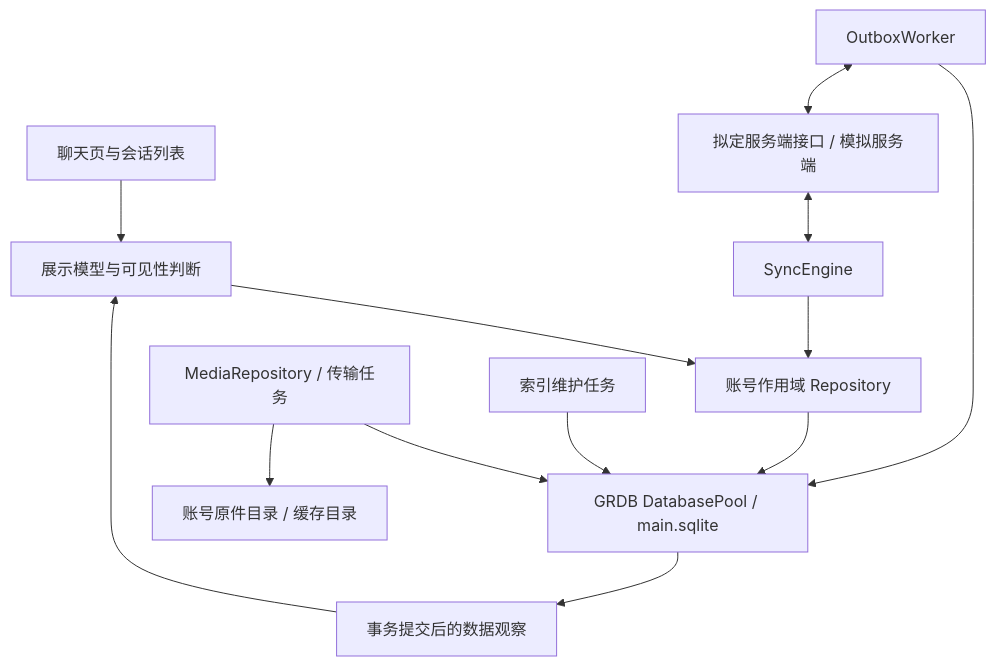
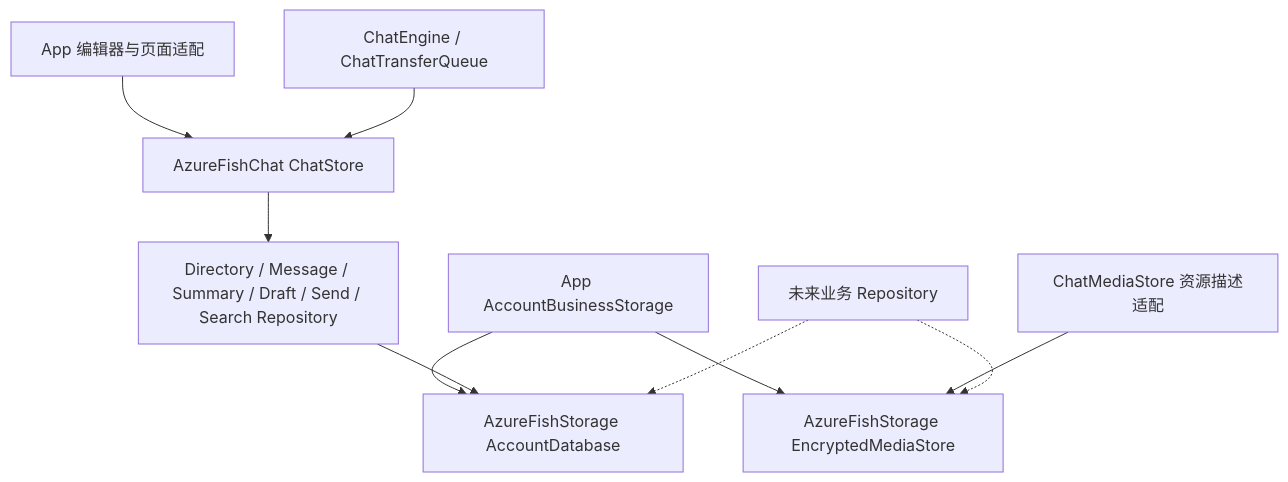
Before and after one commit to astralchen/AzureFish: the diagram in Documentation/Database/architecture.md, drawn with Mermaid. The commit also changed other lines of this file and 177 other files, not shown here.

````diff
--- a/Documentation/Database/architecture.md
+++ b/Documentation/Database/architecture.md
@@ -15,15 +5,12 @@
 ```mermaid
 flowchart TD
-    UI[聊天页与会话列表] --> VM[展示模型与可见性判断]
-    VM --> R[账号作用域 Repository]
-    R --> DB[GRDB DatabasePool / main.sqlite]
-    SYNC[SyncEngine] --> R
-    NET[拟定服务端接口 / 模拟服务端] <--> SYNC
-    OUT[OutboxWorker] --> DB
-    OUT <--> NET
-    MEDIA[MediaRepository / 传输任务] --> DB
-    MEDIA --> FILES[账号原件目录 / 缓存目录]
-    SEARCH[索引维护任务] --> DB
-    DB --> OBS[事务提交后的数据观察]
-    OBS --> VM
+    Owner[App AccountBusinessStorage] --> DB[AzureFishStorage AccountDatabase]
+    Owner --> Files[AzureFishStorage EncryptedMediaStore]
+    UI[App 编辑器与页面适配] --> Chat[AzureFishChat ChatStore]
+    Engine[ChatEngine / ChatTransferQueue] --> Chat
+    Chat --> Repos[Directory / Message / Summary / Draft / Send / Search Repository]
+    Repos --> DB
+    Media[ChatMediaStore 资源描述适配] --> Files
+    Future[未来业务 Repository] -.-> DB
+    Future -.-> Files
 ```
````
